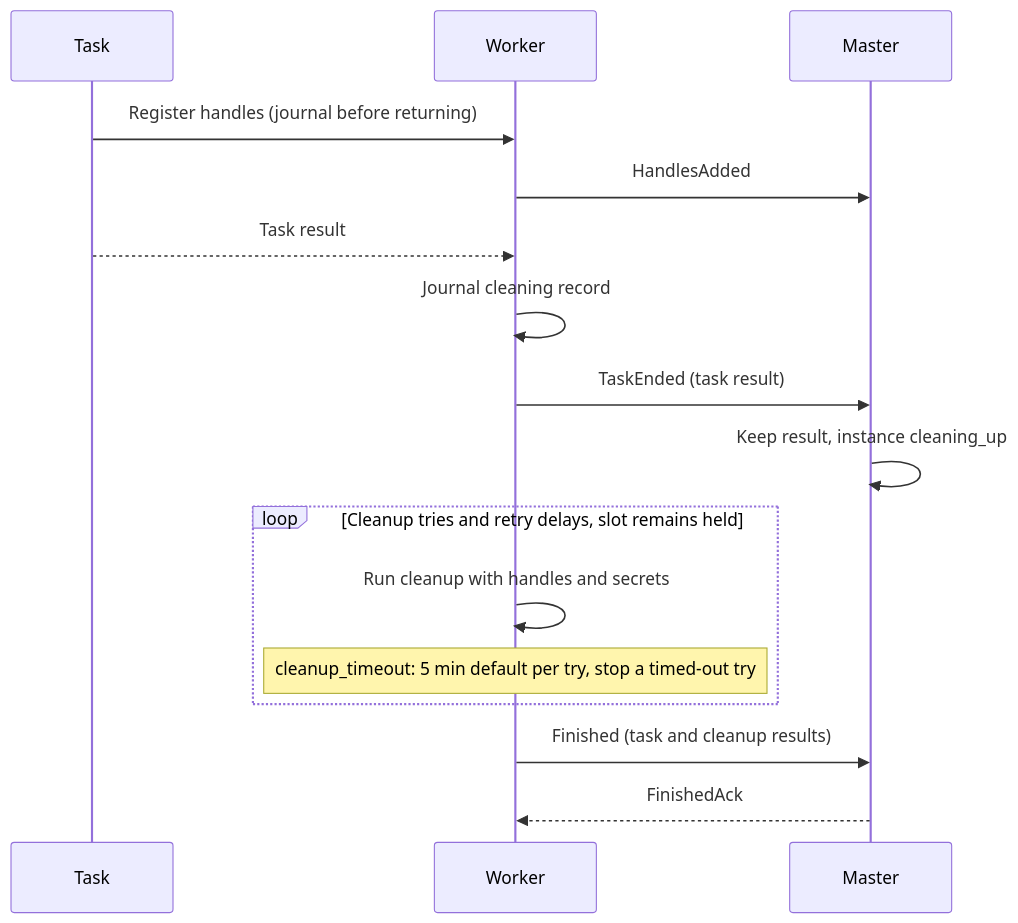
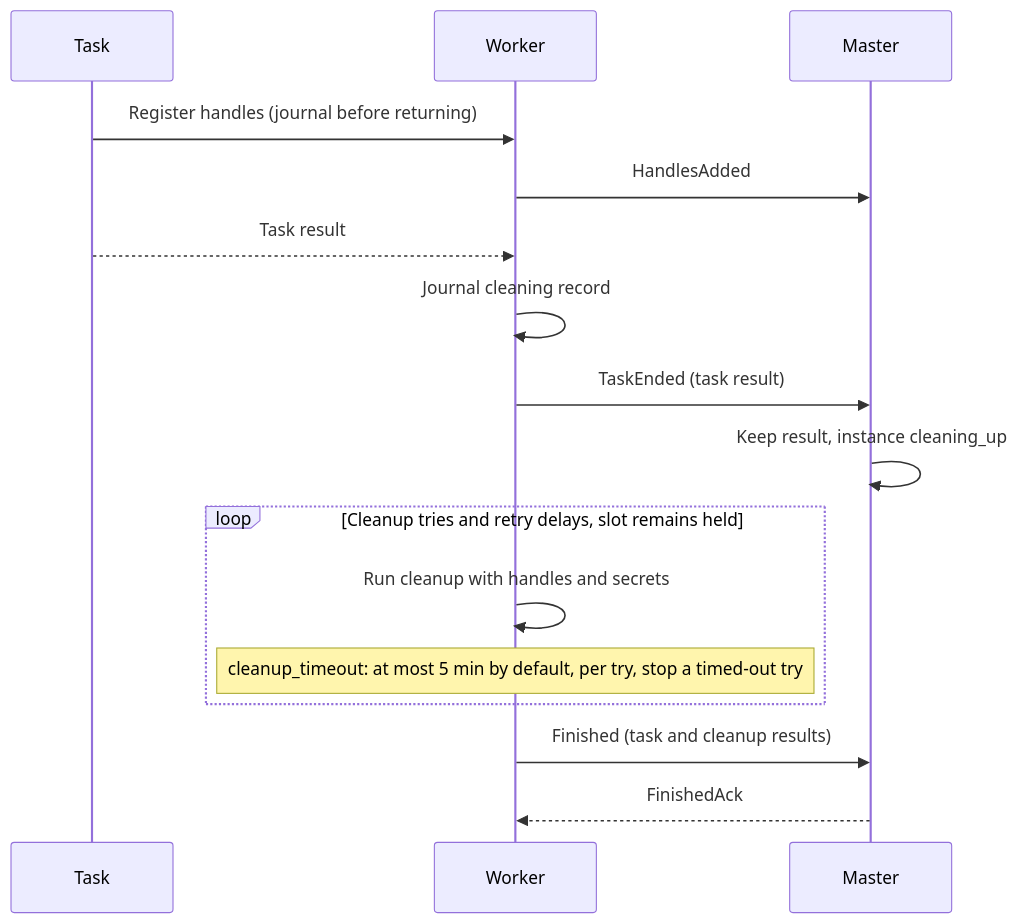
Before and after one commit to ptutak/schedr: the eighth of 18 diagrams in docs/03-guide/15-protocol.md, drawn with Mermaid. The commit also changed other lines of this file and 51 other files, not shown here.

````diff
--- a/docs/03-guide/15-protocol.md
+++ b/docs/03-guide/15-protocol.md
@@ -184,18 +184,18 @@
 ```{mermaid}
 sequenceDiagram
     participant P as Task
     participant W as Worker
     participant M as Master
     P->>W: Register handles (journal before returning)
     W->>M: HandlesAdded
     P-->>W: Task result
     W->>W: Journal cleaning record
     W->>M: TaskEnded (task result)
     M->>M: Keep result, instance cleaning_up
     loop Cleanup tries and retry delays, slot remains held
         W->>W: Run cleanup with handles and secrets
-        Note over W: cleanup_timeout: 5 min default per try, stop a timed-out try
+        Note over W: cleanup_timeout: at most 5 min by default, per try, stop a timed-out try
     end
     W->>M: Finished (task and cleanup results)
     M-->>W: FinishedAck
 ```
````
